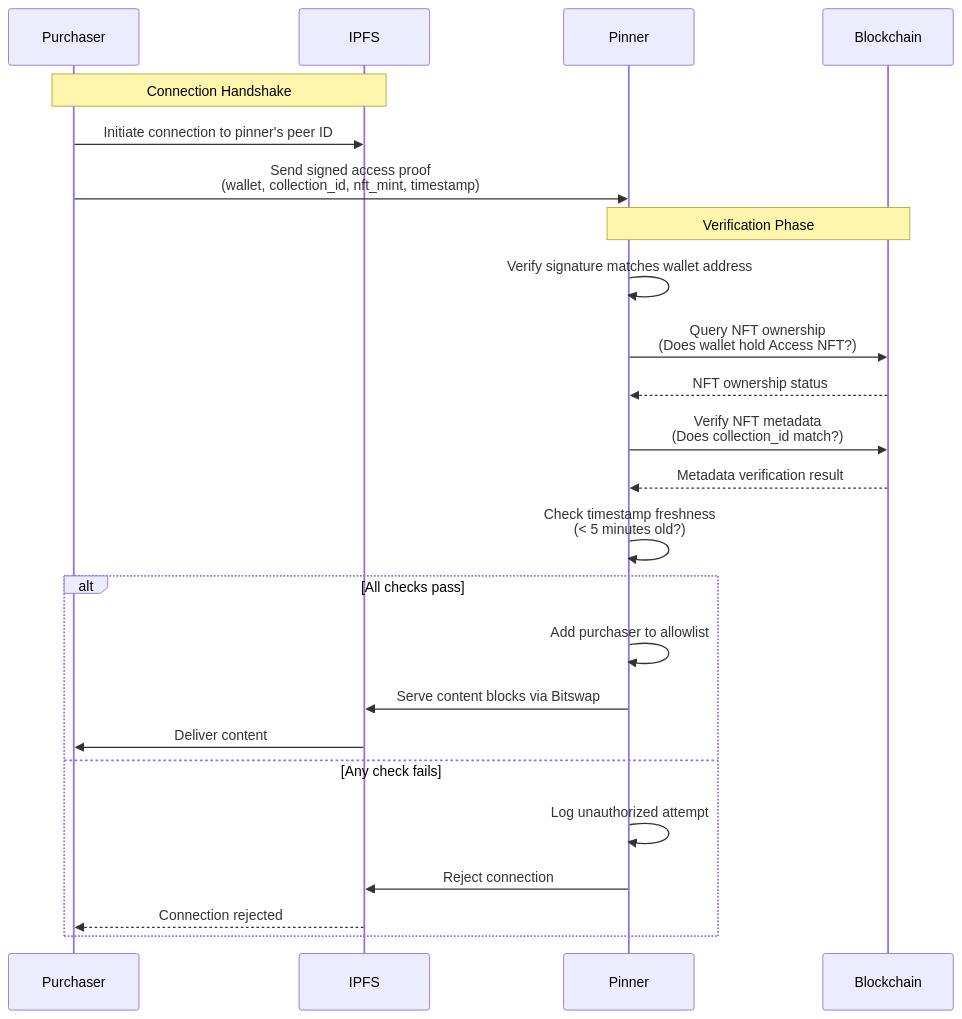
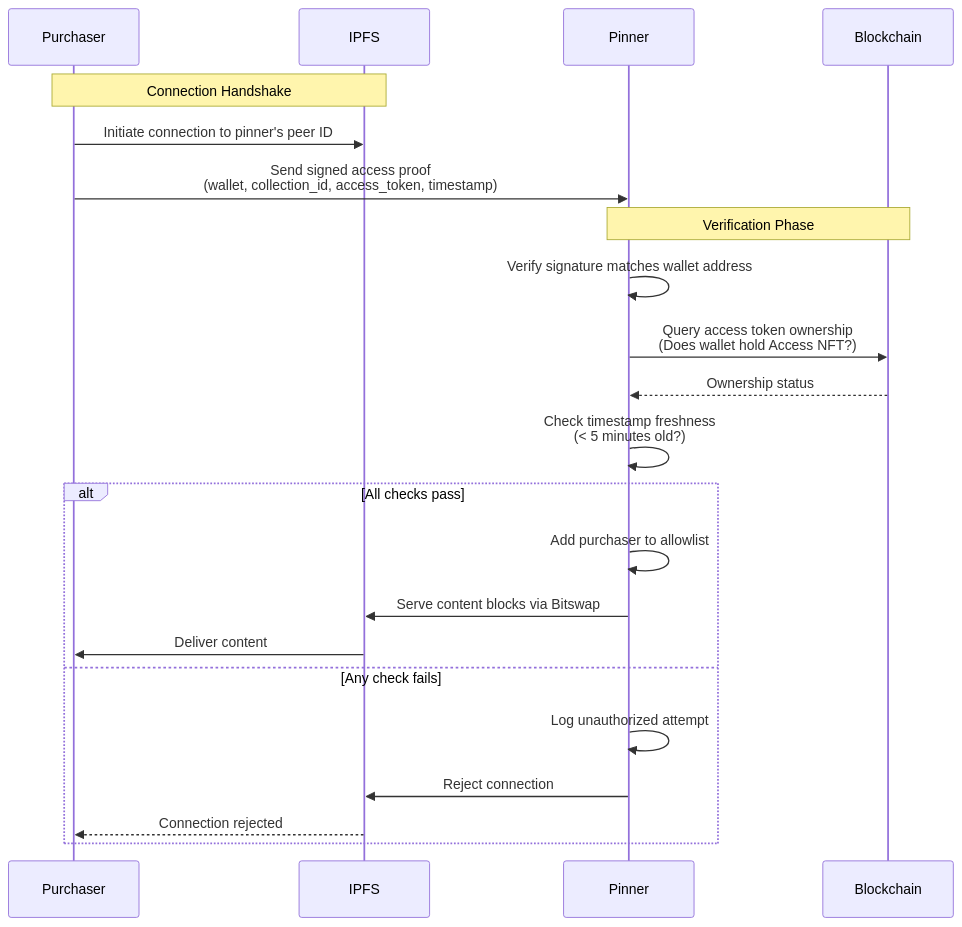
The second of 3 diagrams in docs/capturegem-protocol-design.md (capturegem/capturegem-protocol), drawn with Mermaid before and after one commit. The commit also changed other lines of this file, not shown here.

````diff
--- a/docs/capturegem-protocol-design.md
+++ b/docs/capturegem-protocol-design.md
@@ -525,29 +517,27 @@
 ```mermaid
 sequenceDiagram
     participant Purchaser
     participant IPFS
     participant Pinner
     participant Blockchain
 
     Note over Purchaser,IPFS: Connection Handshake
     Purchaser->>IPFS: Initiate connection to pinner's peer ID
-    Purchaser->>Pinner: Send signed access proof<br/>(wallet, collection_id, nft_mint, timestamp)
+    Purchaser->>Pinner: Send signed access proof<br/>(wallet, collection_id, access_token, timestamp)
     
     Note over Pinner,Blockchain: Verification Phase
     Pinner->>Pinner: Verify signature matches wallet address
-    Pinner->>Blockchain: Query NFT ownership<br/>(Does wallet hold Access NFT?)
-    Blockchain-->>Pinner: NFT ownership status
-    Pinner->>Blockchain: Verify NFT metadata<br/>(Does collection_id match?)
-    Blockchain-->>Pinner: Metadata verification result
+    Pinner->>Blockchain: Query access token ownership<br/>(Does wallet hold Access NFT?)
+    Blockchain-->>Pinner: Ownership status
     Pinner->>Pinner: Check timestamp freshness<br/>(< 5 minutes old?)
     
     alt All checks pass
         Pinner->>Pinner: Add purchaser to allowlist
         Pinner->>IPFS: Serve content blocks via Bitswap
         IPFS->>Purchaser: Deliver content
     else Any check fails
         Pinner->>Pinner: Log unauthorized attempt
         Pinner->>IPFS: Reject connection
         IPFS-->>Purchaser: Connection rejected
     end
 ```
````
